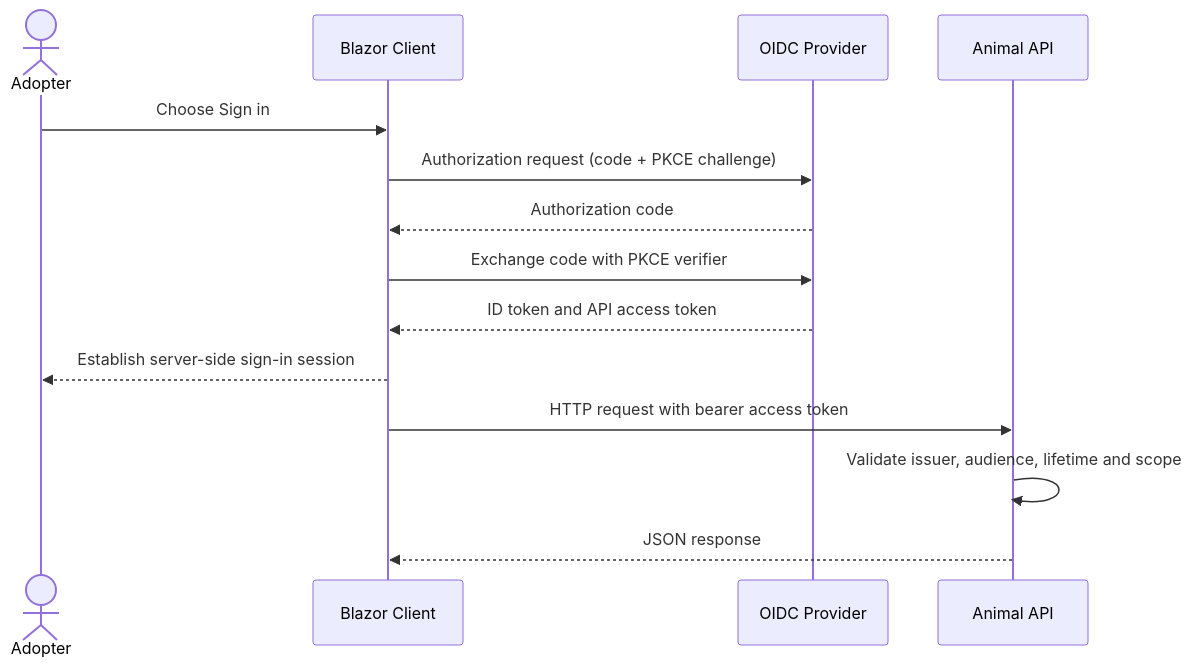
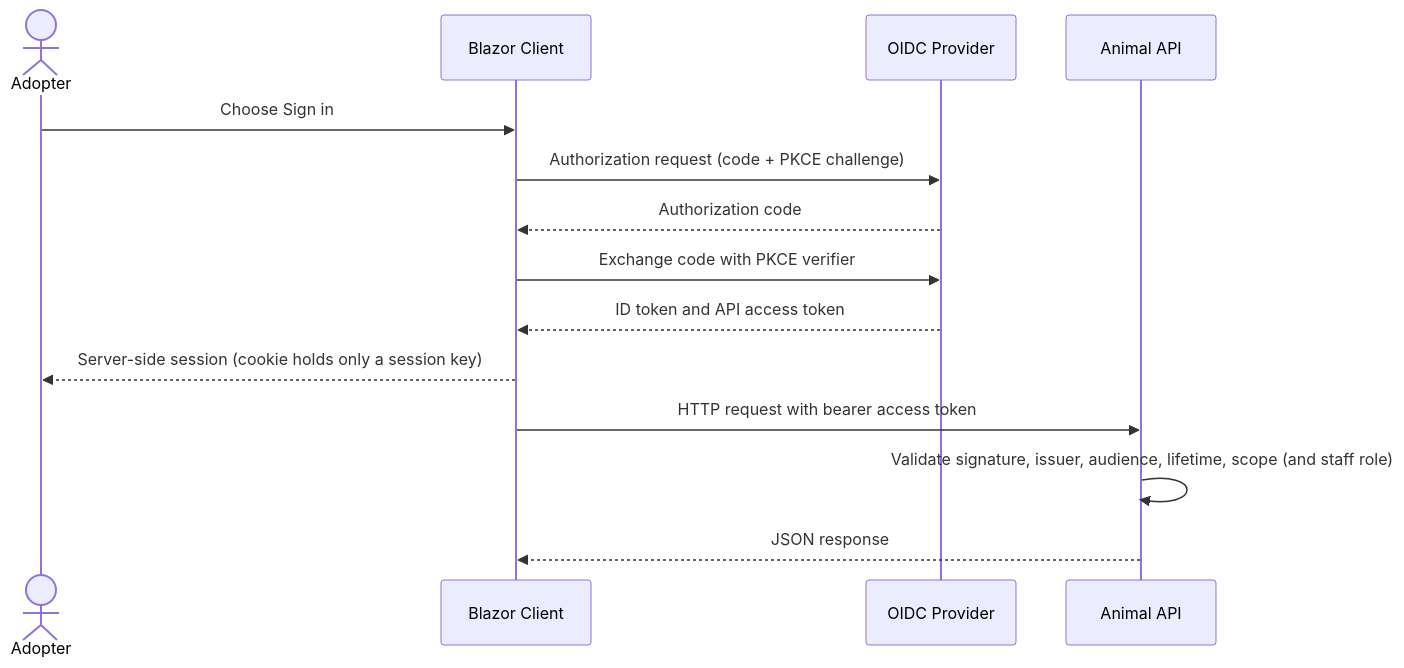
Before and after one commit to AidinYaseri/Team-5-Web-Programming: the second of 2 diagrams in README.md, drawn with Mermaid. The commit also changed other lines of this file and 7 other files, not shown here.

Commit message:
#43: update README, auth.md and diagrams for Milestone 4

````diff
--- a/README.md
+++ b/README.md
@@ -51,16 +51,16 @@
 ```mermaid
 sequenceDiagram
     actor Adopter
     participant Client as Blazor Client
     participant IdP as OIDC Provider
     participant API as Animal API
     Adopter->>Client: Choose Sign in
     Client->>IdP: Authorization request (code + PKCE challenge)
     IdP-->>Client: Authorization code
     Client->>IdP: Exchange code with PKCE verifier
     IdP-->>Client: ID token and API access token
-    Client-->>Adopter: Establish server-side sign-in session
+    Client-->>Adopter: Server-side session (cookie holds only a session key)
     Client->>API: HTTP request with bearer access token
-    API->>API: Validate issuer, audience, lifetime and scope
+    API->>API: Validate signature, issuer, audience, lifetime, scope (and staff role)
     API-->>Client: JSON response
 ```
````
